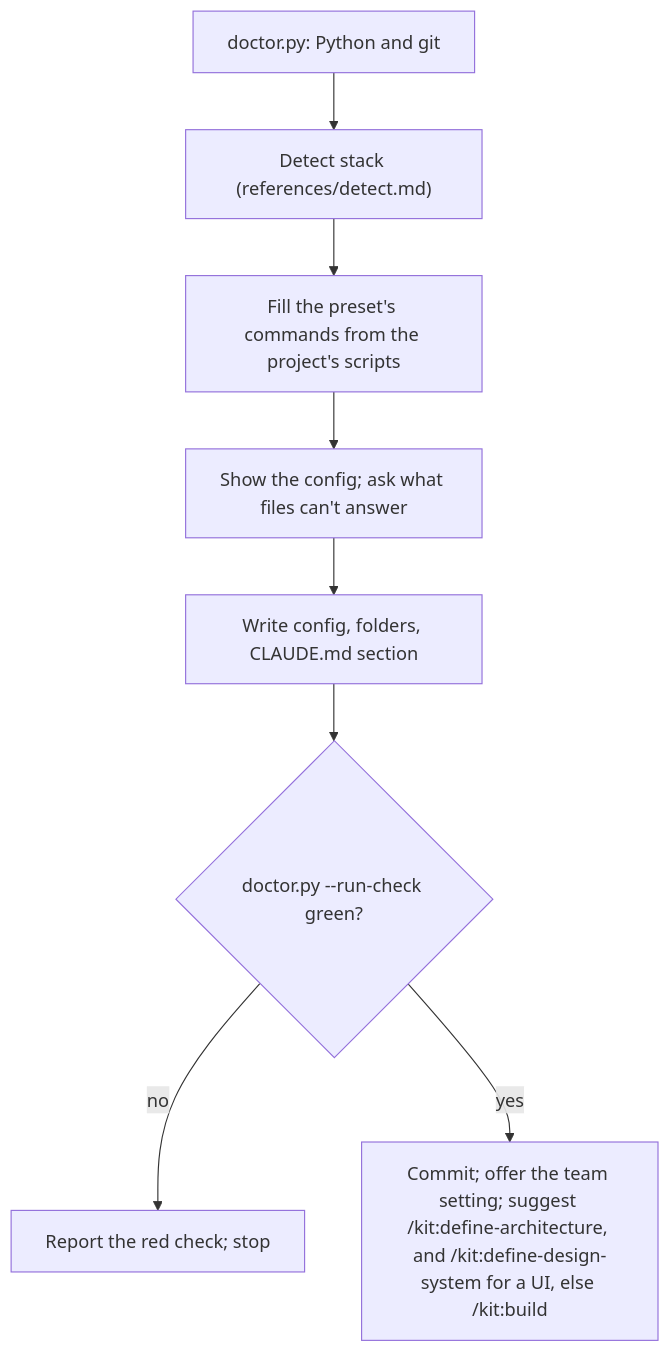
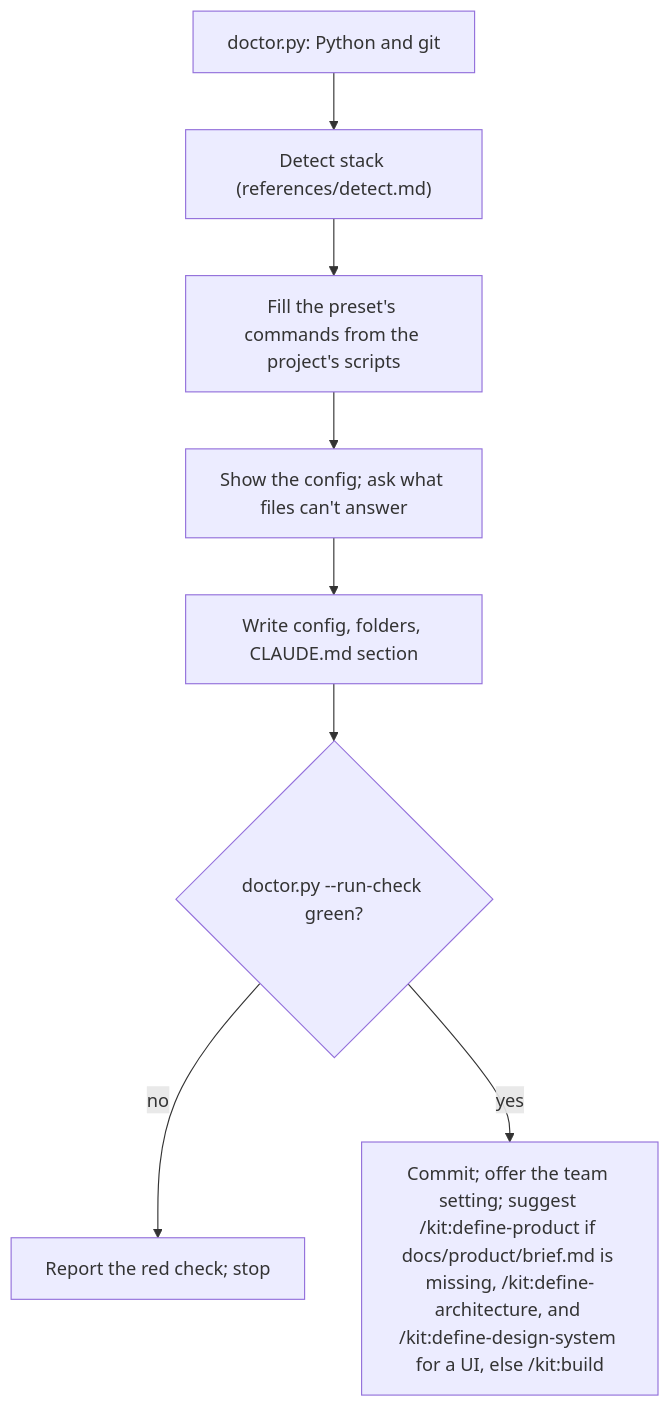
One commit to nateshernandez/skills changed the diagram in skills/setup/SKILL.md. Above: the diagram before and after it, drawn with Mermaid. The commit also changed 6 other files, not shown here.

Commit message:
Read the product brief in later skills

````diff
--- a/skills/setup/SKILL.md
+++ b/skills/setup/SKILL.md
@@ -29,10 +29,10 @@
 ```mermaid
 flowchart TD
   A["doctor.py: Python and git"] --> B["Detect stack (references/detect.md)"]
   B --> C["Fill the preset's commands from the project's scripts"]
   C --> D["Show the config; ask what files can't answer"]
   D --> E["Write config, folders, CLAUDE.md section"]
   E --> F{"doctor.py --run-check green?"}
   F -- no --> G["Report the red check; stop"]
-  F -- yes --> H["Commit; offer the team setting; suggest /kit:define-architecture, and /kit:define-design-system for a UI, else /kit:build"]
+  F -- yes --> H["Commit; offer the team setting; suggest /kit:define-product if docs/product/brief.md is missing, /kit:define-architecture, and /kit:define-design-system for a UI, else /kit:build"]
 ```
````
